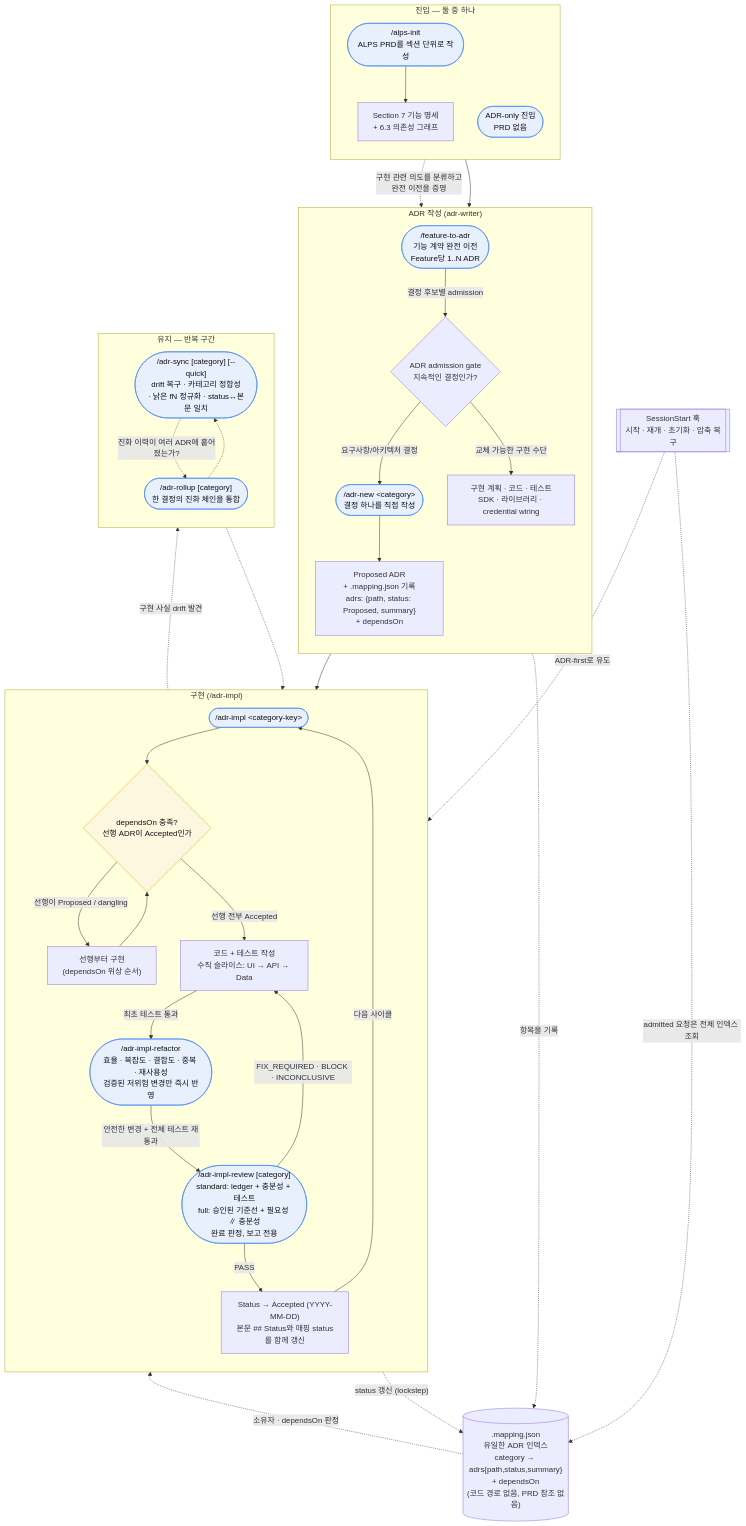
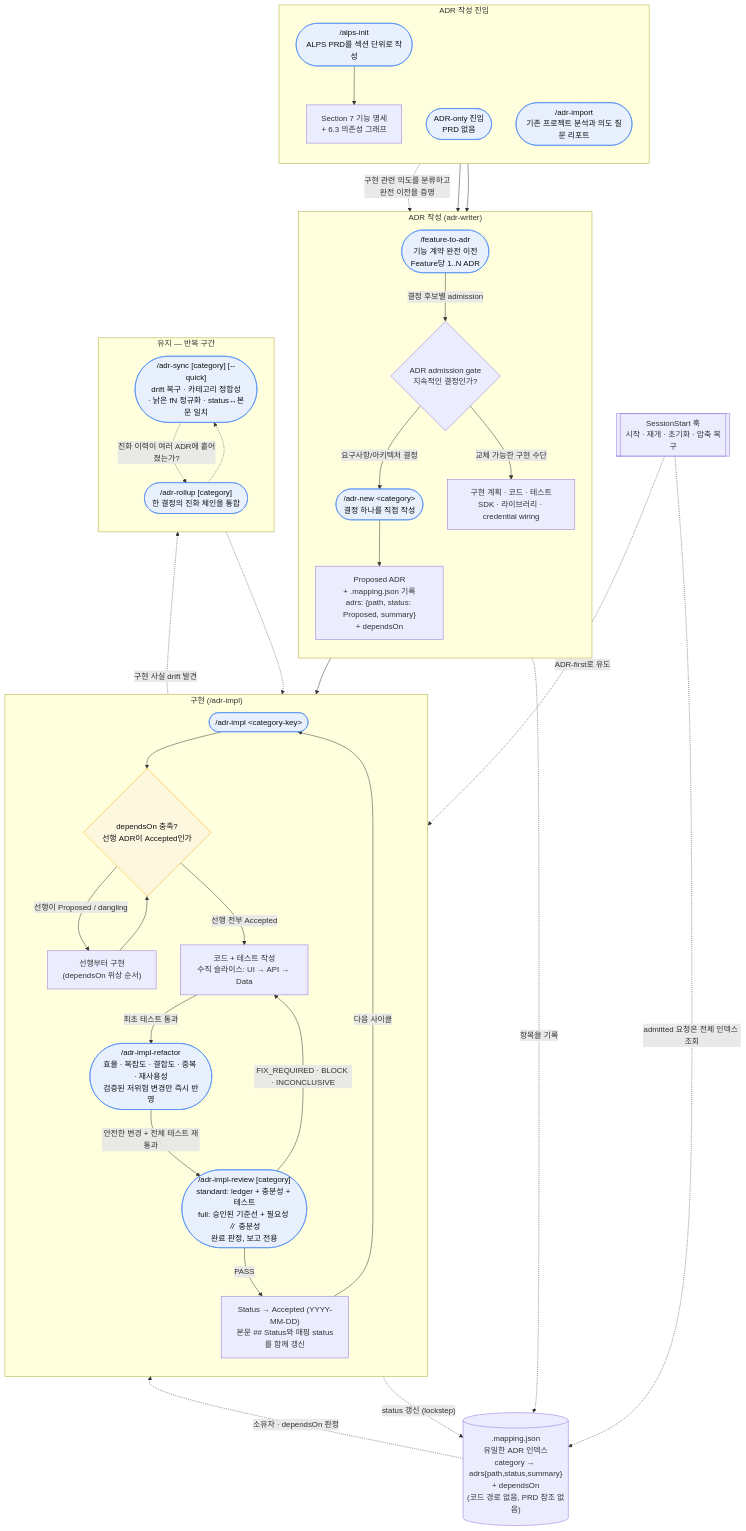
The first of 8 diagrams in docs/adr-process.md (haandol/alps-writer-plugins), drawn with Mermaid before and after one commit. The commit also changed other lines of this file and 124 other files, not shown here.

First line of the commit message:
feat(adr): add brownfield import and release 0.9.0 (#30)

````diff
--- a/docs/adr-process.md
+++ b/docs/adr-process.md
@@ -30,71 +30,73 @@
 ```mermaid
 flowchart TD
-    subgraph entry["진입 — 둘 중 하나"]
+    subgraph entry["ADR 작성 진입"]
         direction TB
         AlpsInit(["/alps-init<br/>ALPS PRD를 섹션 단위로 작성"])
         S7["Section 7 기능 명세<br/>+ 6.3 의존성 그래프"]
         AlpsInit --> S7
         ADROnly(["ADR-only 진입<br/>PRD 없음"])
+        Existing(["/adr-import<br/>기존 프로젝트 분석과 의도 질문 리포트"])
     end
 
     subgraph author["ADR 작성 (adr-writer)"]
         direction TB
         F2A(["/feature-to-adr<br/>기능 계약 완전 이전<br/>Feature당 1..N ADR"])
         Admit{"ADR admission gate<br/>지속적인 결정인가?"}
         Detail["구현 계획 · 코드 · 테스트<br/>SDK · 라이브러리 · credential wiring"]
         New(["/adr-new &lt;category&gt;<br/>결정 하나를 직접 작성"])
         Proposed["Proposed ADR<br/>+ .mapping.json 기록<br/>adrs: {path, status: Proposed, summary}<br/>+ dependsOn"]
         F2A -->|"결정 후보별 admission"| Admit
         ADROnly --> Admit
+        Existing --> Admit
         Admit -->|"요구사항/아키텍처 결정"| New
         Admit -->|"교체 가능한 구현 수단"| Detail
         New --> Proposed
     end
 
     subgraph impl["구현 (/adr-impl)"]
         direction TB
         Impl(["/adr-impl &lt;category-key&gt;"])
         Gate{"dependsOn 충족?<br/>선행 ADR이 Accepted인가"}
         Prereq["선행부터 구현<br/>(dependsOn 위상 순서)"]
         Code["코드 + 테스트 작성<br/>수직 슬라이스: UI → API → Data"]
         Refactor(["/adr-impl-refactor<br/>효율 · 복잡도 · 결합도 · 중복 · 재사용성<br/>검증된 저위험 변경만 즉시 반영"])
         Review(["/adr-impl-review [category]<br/>standard: ledger + 충분성 + 테스트<br/>full: 승인된 기준선 + 필요성 ∥ 충분성<br/>완료 판정, 보고 전용"])
         Accepted["Status → Accepted (YYYY-MM-DD)<br/>본문 ## Status와 매핑 status를 함께 갱신"]
         Impl --> Gate
         Gate -->|"선행이 Proposed / dangling"| Prereq
         Prereq --> Gate
         Gate -->|"선행 전부 Accepted"| Code
         Code -->|"최초 테스트 통과"| Refactor
         Refactor -->|"안전한 변경 + 전체 테스트 재통과"| Review
         Review -->|PASS| Accepted
         Review -->|"FIX_REQUIRED · BLOCK · INCONCLUSIVE"| Code
     end
 
     subgraph maint["유지 — 반복 구간"]
         direction TB
         Sync(["/adr-sync [category] [--quick]<br/>drift 복구 · 카테고리 정합성<br/>· 낡은 fN 정규화 · status↔본문 일치"])
         Rollup(["/adr-rollup [category]<br/>한 결정의 진화 체인을 통합"])
     end
 
     Mapping[(".mapping.json<br/>유일한 ADR 인덱스<br/>category → adrs{path,status,summary}<br/>+ dependsOn<br/>(코드 경로 없음, PRD 참조 없음)")]
     Hook[["SessionStart 훅<br/>시작 · 재개 · 초기화 · 압축 복구"]]
 
     S7 -.->|"구현 관련 의도를 분류하고<br/>완전 이전을 증명"| F2A
     Proposed --> Impl
     Review -.->|"구현 사실 drift 발견"| Sync
     Sync -.-> Review
     Accepted -->|"다음 사이클"| Impl
     Sync -.->|"진화 이력이 여러 ADR에 흩어졌는가?"| Rollup
     Rollup -.-> Sync
 
     Proposed -.->|"항목을 기록"| Mapping
     Accepted -.->|"status 갱신 (lockstep)"| Mapping
     Hook -.->|"admitted 요청은 전체 인덱스 조회"| Mapping
     Mapping -.->|"소유자 · dependsOn 판정"| Impl
     Hook -.->|"ADR-first로 유도"| Impl
 
     classDef cmd fill:#e8f0fe,stroke:#4285f4,color:#111;
     classDef gate fill:#fef7e0,stroke:#f9ab00,color:#111;
-    class AlpsInit,F2A,New,Impl,Refactor,Review,Sync,Rollup,ADROnly cmd;
+    class AlpsInit,F2A,New,Impl,Refactor,Review,Sync,Rollup,ADROnly,Existing cmd;
     class Gate gate;
 ```
````
